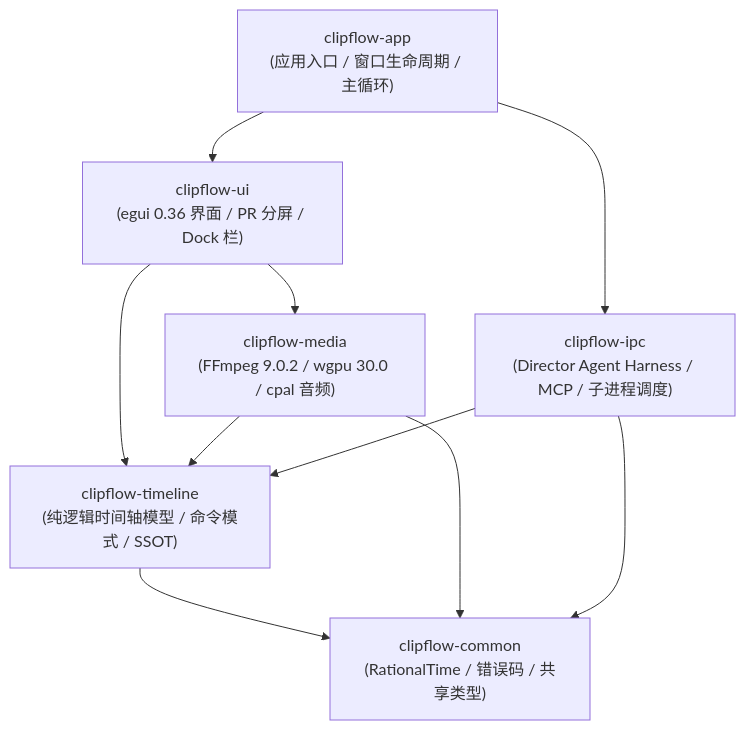
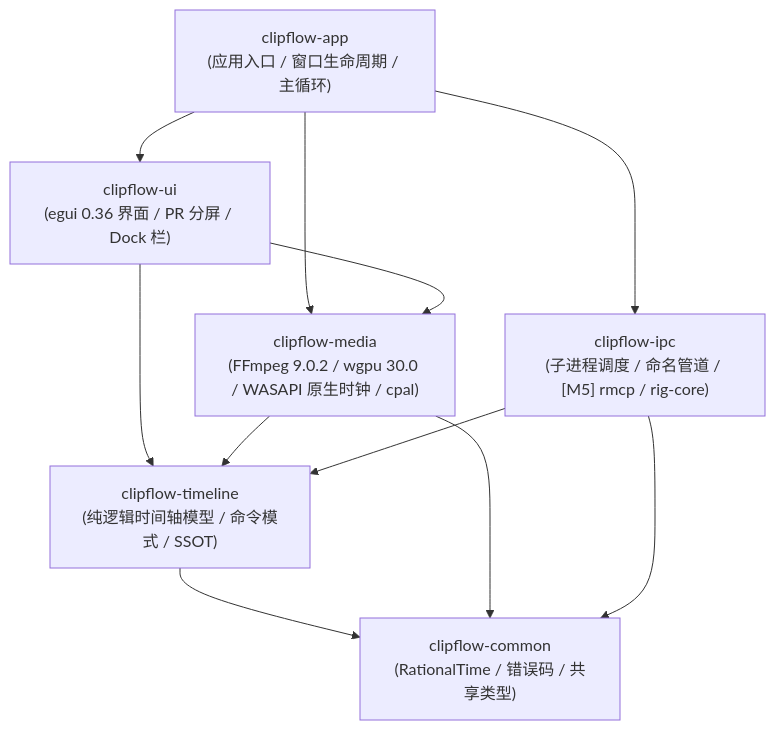
The diagram in docs/codebase-structure.md (qiuku2022/ClipFlow), drawn with Mermaid before and after one commit. The commit also changed other lines of this file and 10 other files, not shown here.

First line of the commit message:
docs: 规范化全量开发文档并对齐路线图里程碑

````diff
--- a/docs/codebase-structure.md
+++ b/docs/codebase-structure.md
@@ -59,19 +64,20 @@
 ```mermaid
 flowchart TD
     App["clipflow-app\n(应用入口 / 窗口生命周期 / 主循环)"]
     UI["clipflow-ui\n(egui 0.36 界面 / PR 分屏 / Dock 栏)"]
     Timeline["clipflow-timeline\n(纯逻辑时间轴模型 / 命令模式 / SSOT)"]
-    Media["clipflow-media\n(FFmpeg 9.0.2 / wgpu 30.0 / cpal 音频)"]
-    IPC["clipflow-ipc\n(Director Agent Harness / MCP / 子进程调度)"]
+    Media["clipflow-media\n(FFmpeg 9.0.2 / wgpu 30.0 / WASAPI 原生时钟 / cpal)"]
+    IPC["clipflow-ipc\n(子进程调度 / 命名管道 / [M5] rmcp / rig-core)"]
     Common["clipflow-common\n(RationalTime / 错误码 / 共享类型)"]
 
     App --> UI
     App --> IPC
+    App --> Media
     UI --> Timeline
     UI --> Media
     Media --> Timeline
     IPC --> Timeline
     Timeline --> Common
     Media --> Common
     IPC --> Common
 ```
````
